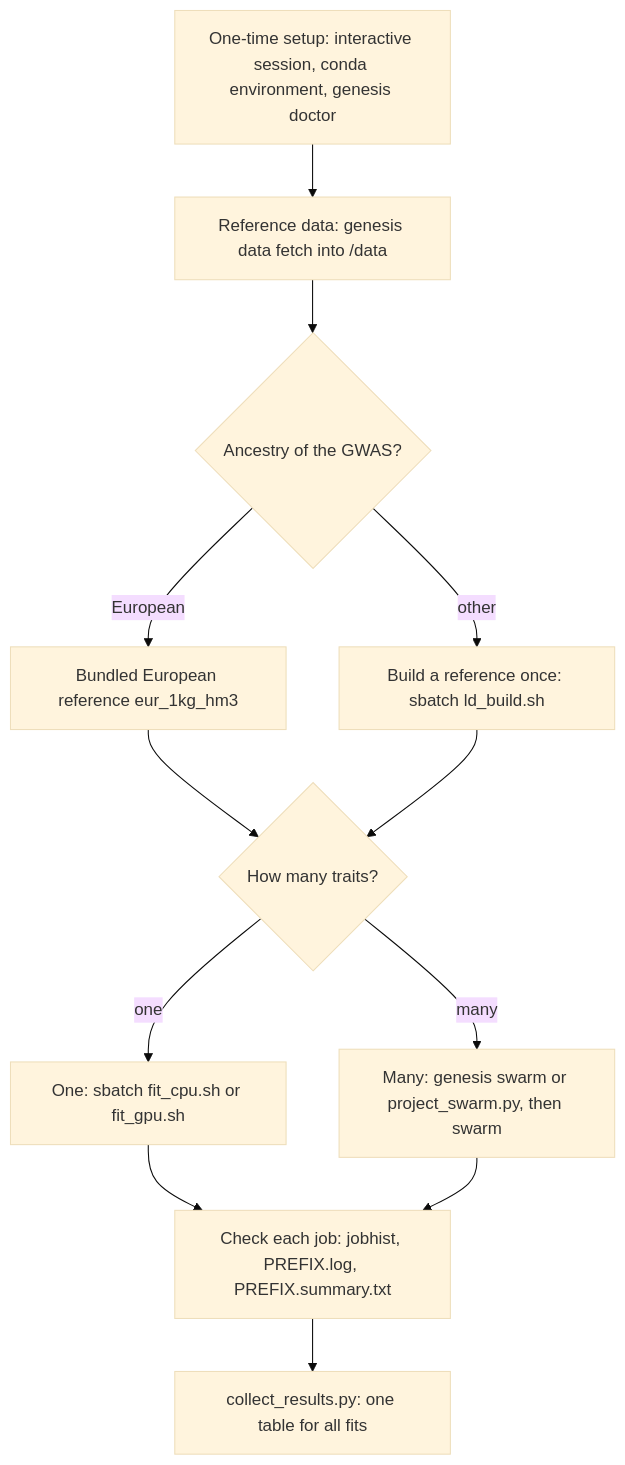
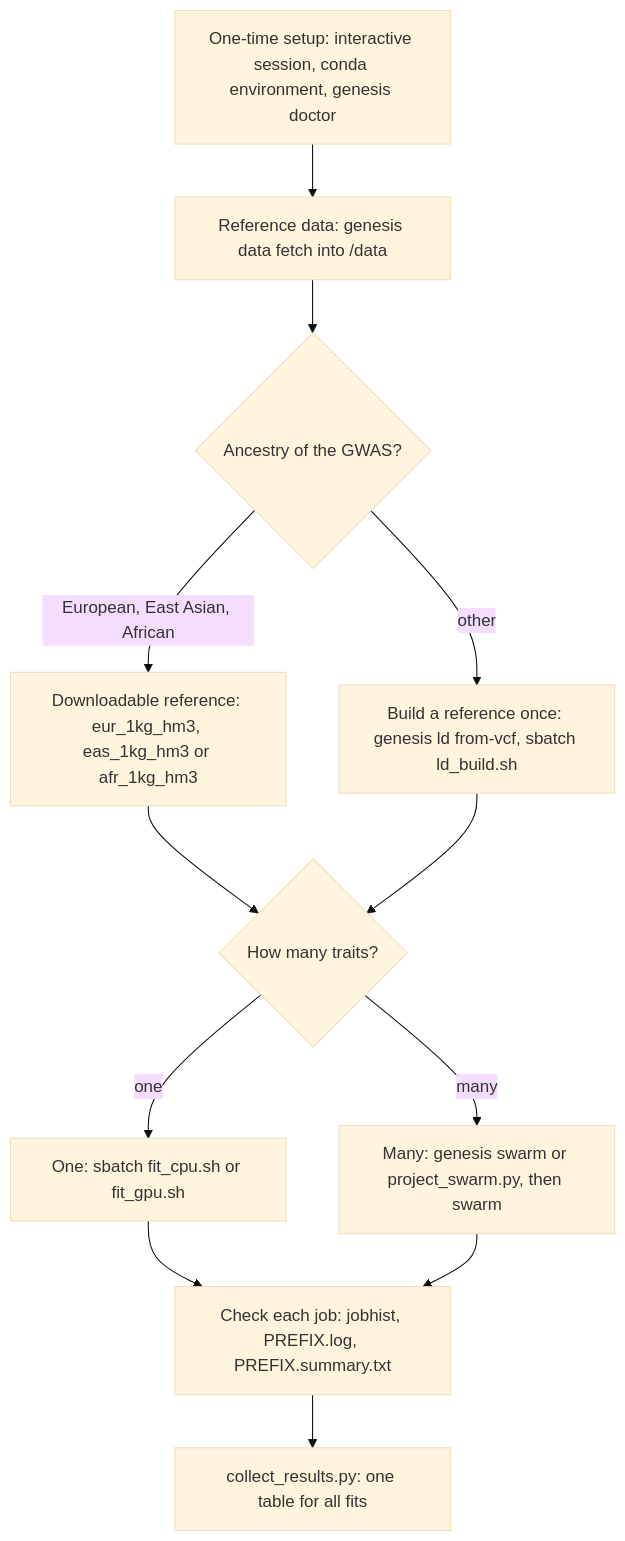
One commit to jeyabbalas/GENESIS changed the diagram in BIOWULF.md. Above: the diagram before and after it, drawn with Mermaid (base theme). The commit also changed other lines of this file and 70 other files, not shown here.

First line of the commit message:
Multi-ancestry references: East Asian and African-ancestry bundles, VCF conversion, liftover (0.2.0)

````diff
--- a/BIOWULF.md
+++ b/BIOWULF.md
@@ -59,23 +59,23 @@
 ```mermaid
 flowchart TD
     A["One-time setup: interactive session, conda environment, genesis doctor"]
     B["Reference data: genesis data fetch into /data"]
     C{"Ancestry of the GWAS?"}
-    D["Bundled European reference eur_1kg_hm3"]
-    E["Build a reference once: sbatch ld_build.sh"]
+    D["Downloadable reference: eur_1kg_hm3, eas_1kg_hm3 or afr_1kg_hm3"]
+    E["Build a reference once: genesis ld from-vcf, sbatch ld_build.sh"]
     F{"How many traits?"}
     G["One: sbatch fit_cpu.sh or fit_gpu.sh"]
     H["Many: genesis swarm or project_swarm.py, then swarm"]
     I["Check each job: jobhist, PREFIX.log, PREFIX.summary.txt"]
     J["collect_results.py: one table for all fits"]
     A --> B --> C
-    C -- "European" --> D
+    C -- "European, East Asian, African" --> D
     C -- "other" --> E
     D --> F
     E --> F
     F -- "one" --> G
     F -- "many" --> H
     G --> I
     H --> I
     I --> J
 ```
````
